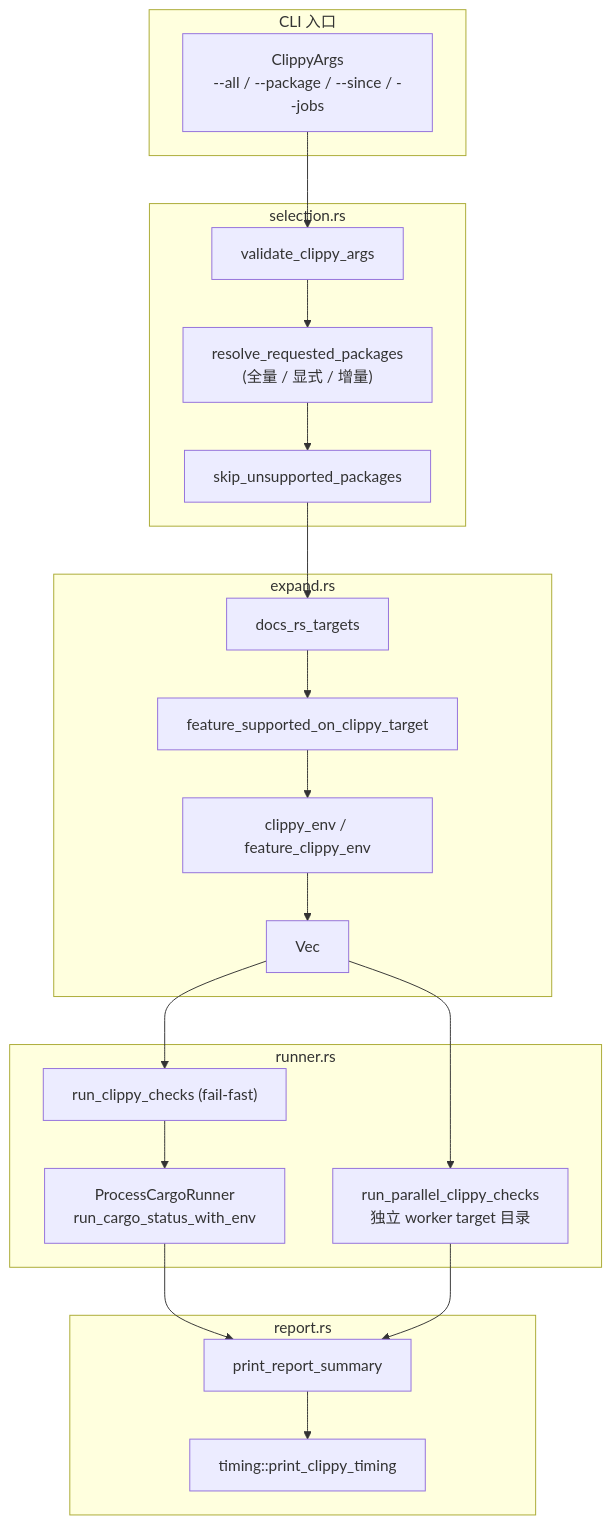
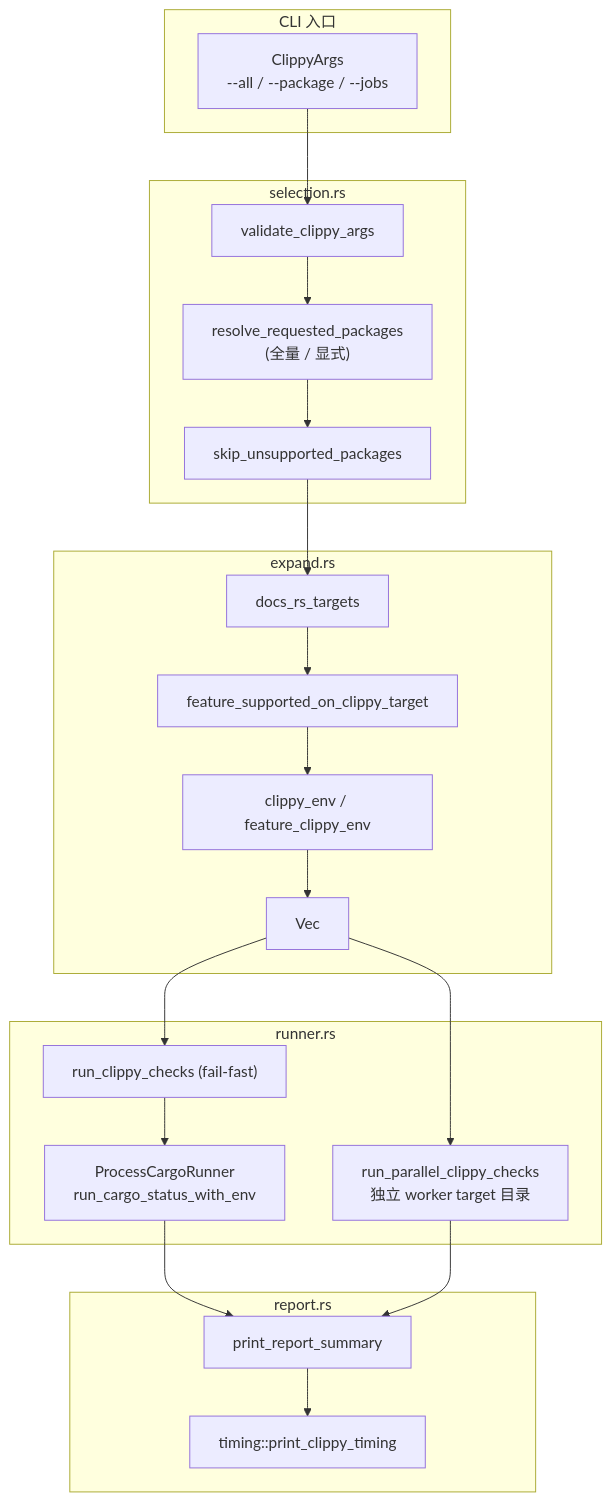
Before and after one commit to rcore-os/tgoskits: the diagram in docs/docs/build/clippy.md, drawn with Mermaid. The commit also changed other lines of this file and 23 other files, not shown here.

````diff
--- a/docs/docs/build/clippy.md
+++ b/docs/docs/build/clippy.md
@@ -14,35 +14,35 @@
 ```mermaid
 flowchart TB
     subgraph CLI["CLI 入口"]
-        ARGS["ClippyArgs<br/>--all / --package / --since / --jobs"]
+        ARGS["ClippyArgs<br/>--all / --package / --jobs"]
     end
 
     subgraph Selection["selection.rs"]
         VALID["validate_clippy_args"]
-        RESOLVE["resolve_requested_packages<br/>(全量 / 显式 / 增量)"]
+        RESOLVE["resolve_requested_packages<br/>(全量 / 显式)"]
         SKIP["skip_unsupported_packages"]
     end
 
     subgraph Expand["expand.rs"]
         TARGETS["docs_rs_targets"]
         FEAT["feature_supported_on_clippy_target"]
         ENV["clippy_env / feature_clippy_env"]
         CHECKS["Vec<ClippyCheck>"]
     end
 
     subgraph Runner["runner.rs"]
         RUN["run_clippy_checks (fail-fast)"]
         PROC["ProcessCargoRunner<br/>run_cargo_status_with_env"]
         PAR["run_parallel_clippy_checks<br/>独立 worker target 目录"]
     end
 
     subgraph Report["report.rs"]
         SUM["print_report_summary"]
         TIME["timing::print_clippy_timing"]
     end
 
     ARGS --> VALID --> RESOLVE --> SKIP --> TARGETS
     TARGETS --> FEAT --> ENV --> CHECKS
     CHECKS --> RUN --> PROC --> SUM --> TIME
     CHECKS --> PAR --> SUM
 ```
````
